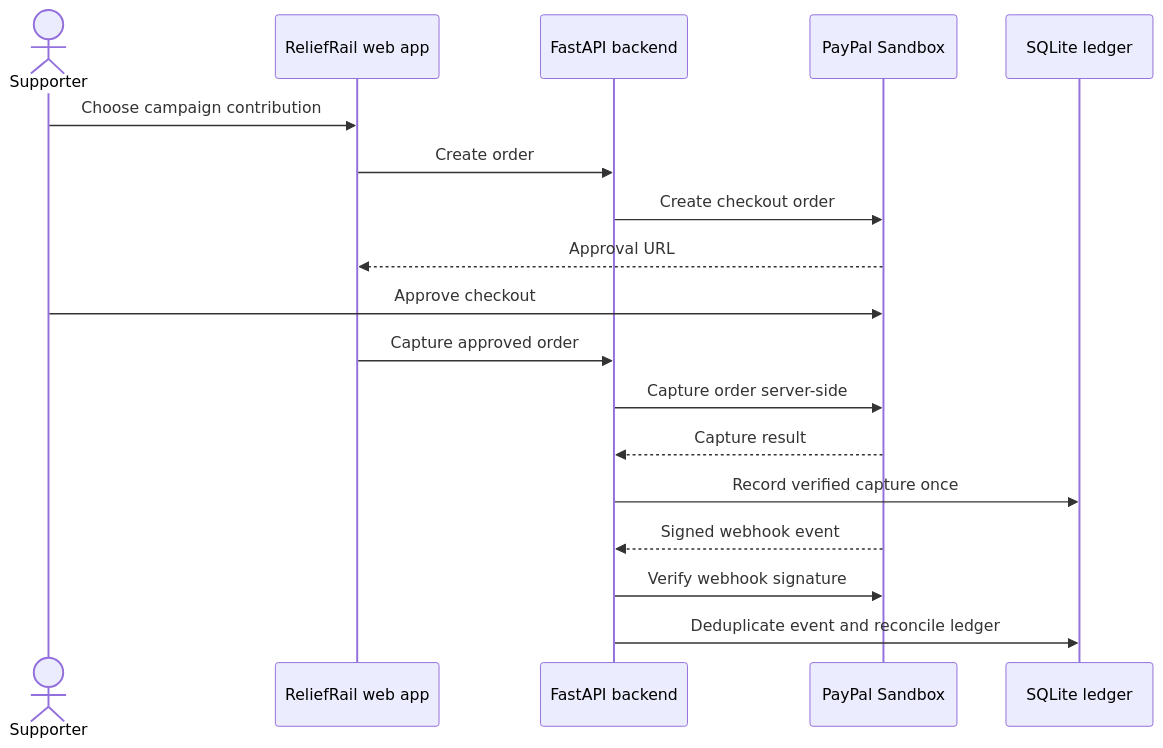
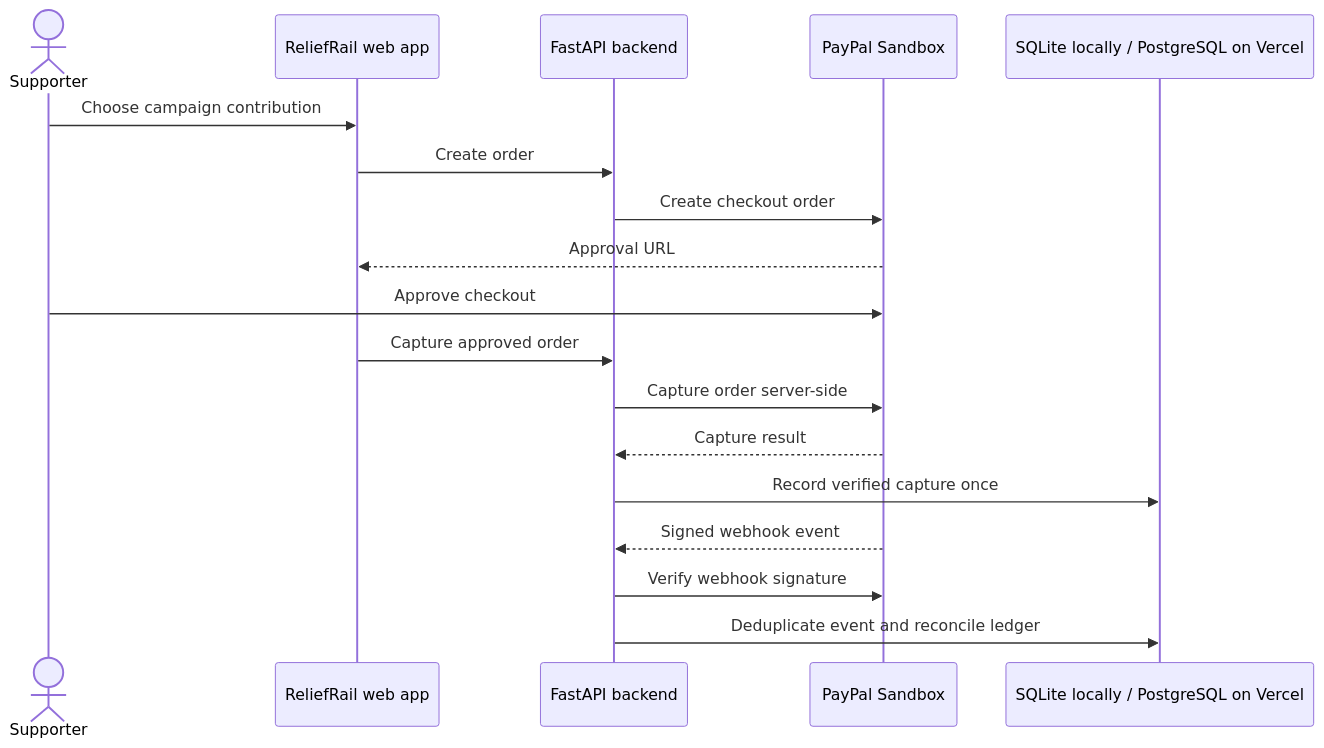
One commit to krishnaChandak044/Paypal-AI-hackathon changed the first of 3 diagrams in README.md. Above: the diagram before and after it, drawn with Mermaid. The commit also changed other lines of this file and 13 other files, not shown here.

Commit message:
Add PostgreSQL and Vercel deployment support

````diff
--- a/README.md
+++ b/README.md
@@ -61,21 +61,21 @@
 ```mermaid
 sequenceDiagram
     actor Supporter
     participant UI as ReliefRail web app
     participant API as FastAPI backend
     participant PayPal as PayPal Sandbox
-    participant DB as SQLite ledger
+    participant DB as SQLite locally / PostgreSQL on Vercel
 
     Supporter->>UI: Choose campaign contribution
     UI->>API: Create order
     API->>PayPal: Create checkout order
     PayPal-->>UI: Approval URL
     Supporter->>PayPal: Approve checkout
     UI->>API: Capture approved order
     API->>PayPal: Capture order server-side
     PayPal-->>API: Capture result
     API->>DB: Record verified capture once
     PayPal-->>API: Signed webhook event
     API->>PayPal: Verify webhook signature
     API->>DB: Deduplicate event and reconcile ledger
 ```
````
